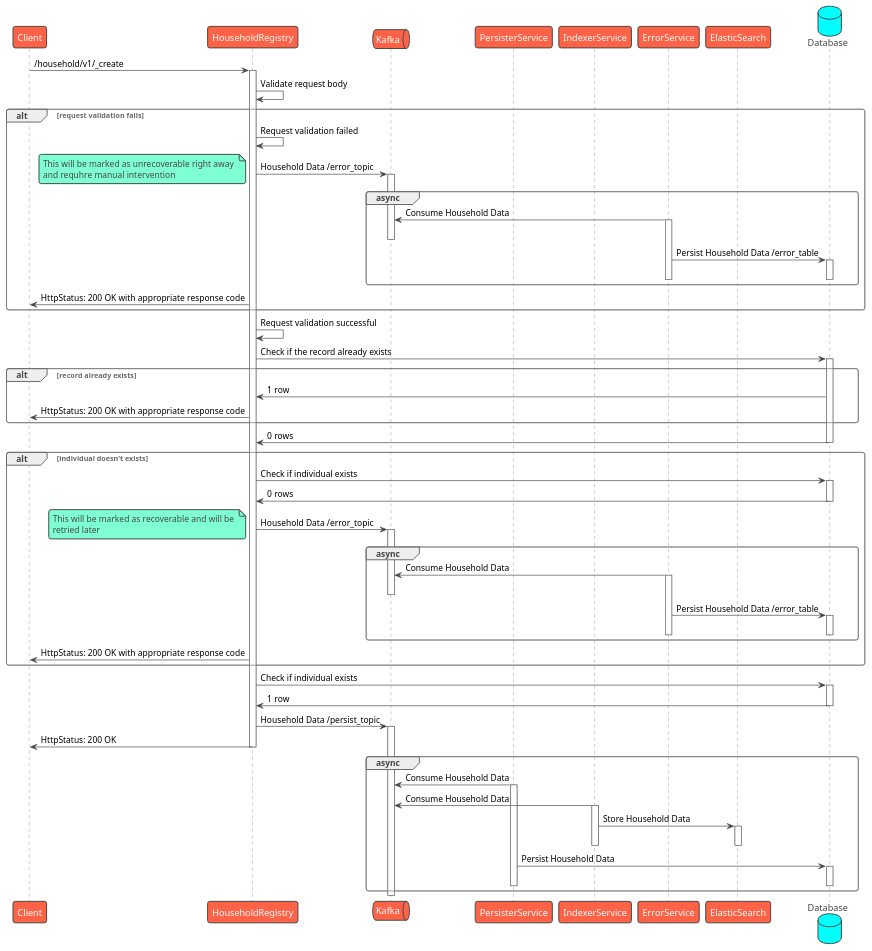
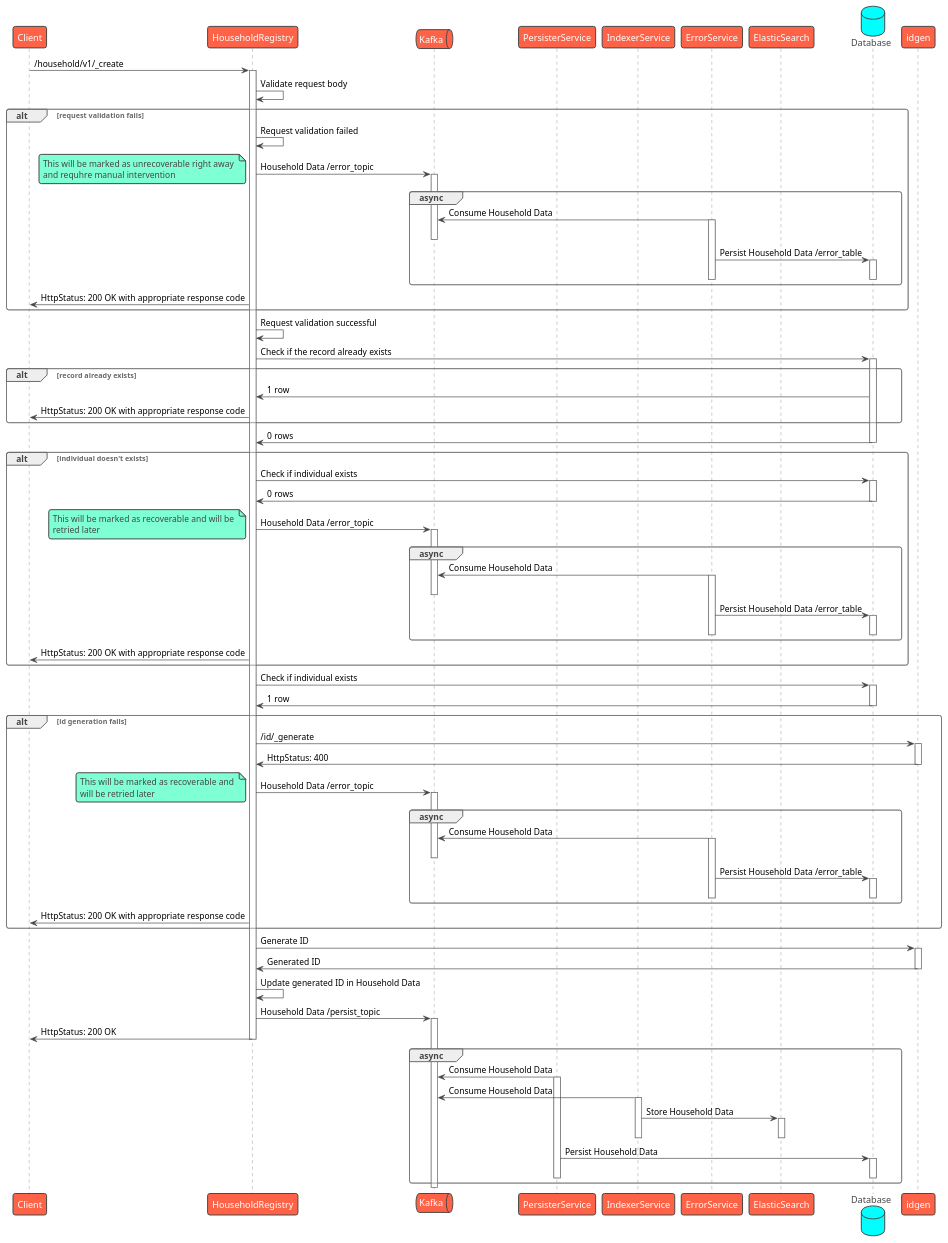
The diagram in contracts/registries/household/sequence/create.puml (egovernments/health-api-specs), drawn with PlantUML before and after one commit. The commit also changed 3 other files, not shown here.

Commit message:
Sequence: Individual/Household - search - Also added idgen sequence in create

```diff
--- a/contracts/registries/household/sequence/create.puml
+++ b/contracts/registries/household/sequence/create.puml
@@ -1,87 +1,114 @@
 @startuml Household Registry - Create
 !theme vibrant
 participant Client as c
 participant HouseholdRegistry as hr
 queue Kafka as k
 participant PersisterService as prs
 participant IndexerService as idx
 participant ErrorService as es
 participant ElasticSearch as el
 database Database as db
 c -> hr : /household/v1/_create
 activate hr
 hr -> hr: Validate request body
 alt request validation fails
     hr -> hr: Request validation failed
     hr -> k: Household Data /error_topic
     note left
         This will be marked as unrecoverable right away 
         and requhre manual intervention
     end note
     activate k
     group async
         es -> k: Consume Household Data
         activate es
         deactivate k
         es -> db: Persist Household Data /error_table
         activate db
         deactivate db
         deactivate es
     end
     hr -> c: HttpStatus: 200 OK with appropriate response code
 end
 hr -> hr: Request validation successful
 hr -> db: Check if the record already exists
 alt record already exists
     activate db
     db -> hr: 1 row
     hr -> c: HttpStatus: 200 OK with appropriate response code
 end
 db -> hr: 0 rows
 deactivate db
 alt individual doesn't exists
     hr -> db: Check if individual exists
     activate db
     db -> hr: 0 rows
     deactivate db
     hr -> k: Household Data /error_topic
     note left
         This will be marked as recoverable and will be 
         retried later
     end note
     activate k
     group async
         es -> k: Consume Household Data
         activate es
         deactivate k
         es -> db: Persist Household Data /error_table
         activate db
         deactivate db
         deactivate es
     end
     hr -> c: HttpStatus: 200 OK with appropriate response code
 end
 hr -> db: Check if individual exists
 activate db
 db -> hr: 1 row
 deactivate db
+alt id generation fails
+    hr -> idgen: /id/_generate
+    activate idgen
+    idgen -> hr: HttpStatus: 400
+    deactivate idgen
+    hr -> k: Household Data /error_topic
+    note left
+        This will be marked as recoverable and 
+        will be retried later
+    end note
+    activate k
+    group async
+        es -> k: Consume Household Data
+        activate es
+        deactivate k
+        es -> db: Persist Household Data /error_table
+        activate db
+        deactivate db
+        deactivate es
+    end
+    hr -> c: HttpStatus: 200 OK with appropriate response code
+end
+hr -> idgen: Generate ID
+activate idgen
+idgen -> hr: Generated ID
+deactivate idgen
+hr -> hr: Update generated ID in Household Data
 hr -> k: Household Data /persist_topic
 activate k
 hr -> c: HttpStatus: 200 OK
 deactivate hr
 group async
     prs -> k: Consume Household Data
     activate prs
     idx -> k: Consume Household Data
     activate idx
     idx -> el: Store Household Data
     activate el
     deactivate el
     deactivate idx
     prs -> db: Persist Household Data
     activate db
     deactivate db
     deactivate prs
 end
 deactivate k
 @enduml
```
